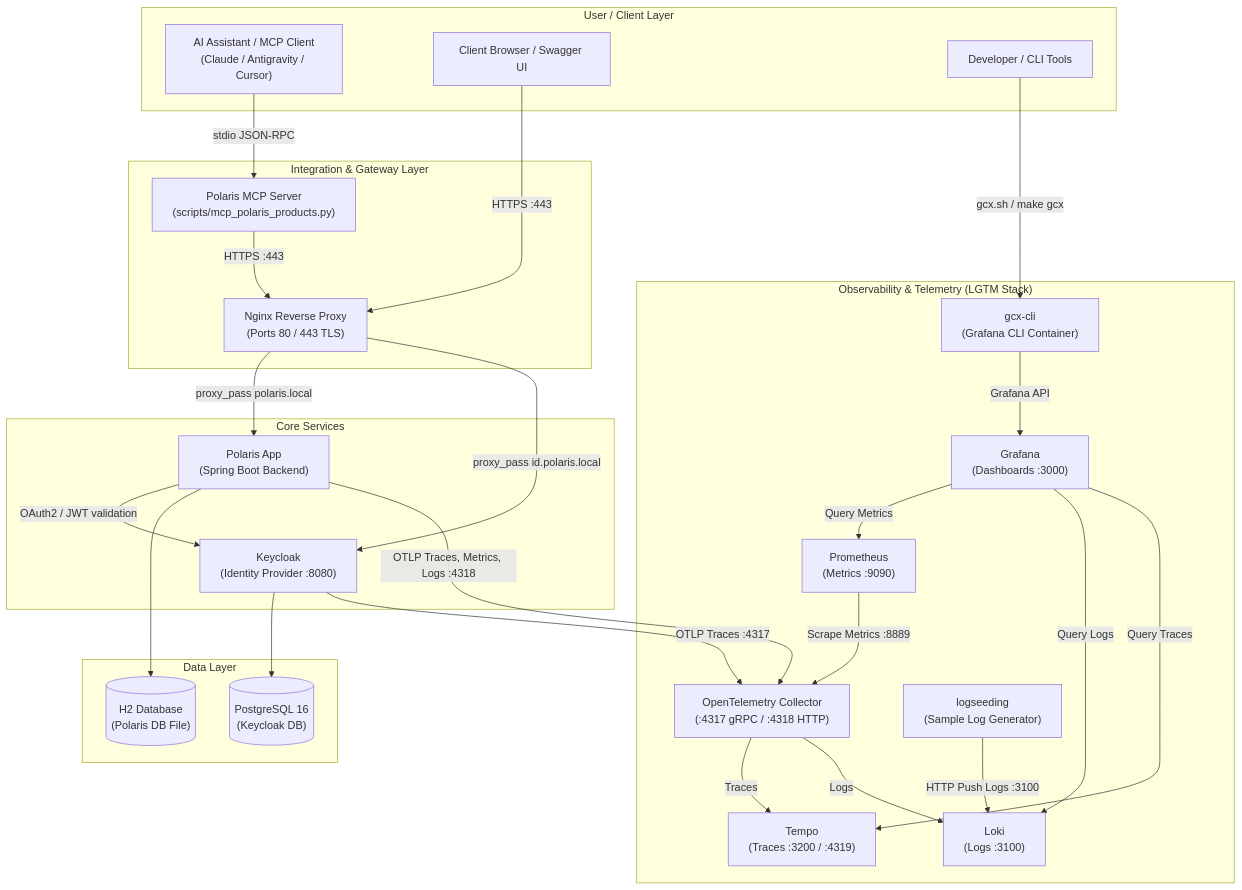
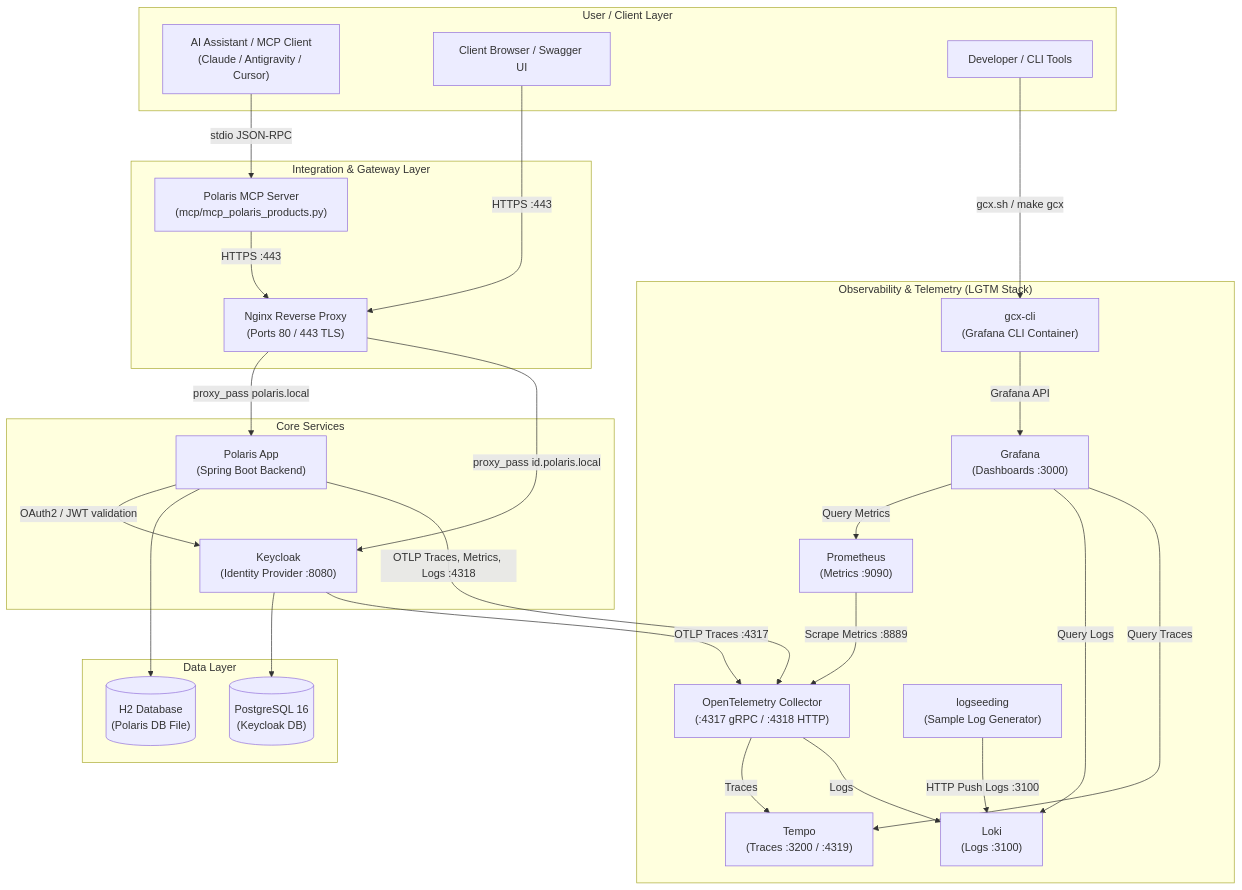
One commit to vungdv/hometask1 changed the diagram in src/java/03-Polaris/README.md. Above: the diagram before and after it, drawn with Mermaid. The commit also changed other lines of this file and 27 other files, not shown here.

Commit message:
feat(MCP): init MCP Server for products query

````diff
--- a/src/java/03-Polaris/README.md
+++ b/src/java/03-Polaris/README.md
@@ -18,57 +18,57 @@
 ```mermaid
 flowchart TB
     subgraph L1["User / Client Layer"]
         AIAgent["AI Assistant / MCP Client<br/>(Claude / Antigravity / Cursor)"]
         Browser["Client Browser / Swagger UI"]
         DevCLI["Developer / CLI Tools"]
     end
 
     subgraph L2["Integration & Gateway Layer"]
-        MCPServer["Polaris MCP Server<br/>(scripts/mcp_polaris_products.py)"]
+        MCPServer["Polaris MCP Server<br/>(mcp/mcp_polaris_products.py)"]
         Nginx["Nginx Reverse Proxy<br/>(Ports 80 / 443 TLS)"]
     end
 
     subgraph L3["Core Services"]
         App["Polaris App<br/>(Spring Boot Backend)"]
         Keycloak["Keycloak<br/>(Identity Provider :8080)"]
     end
 
     subgraph L4["Data Layer"]
         H2[("H2 Database<br/>(Polaris DB File)")]
         Postgres[("PostgreSQL 16<br/>(Keycloak DB)")]
     end
 
     subgraph L5["Observability & Telemetry (LGTM Stack)"]
         OTel["OpenTelemetry Collector<br/>(:4317 gRPC / :4318 HTTP)"]
         Tempo["Tempo<br/>(Traces :3200 / :4319)"]
         Loki["Loki<br/>(Logs :3100)"]
         Prometheus["Prometheus<br/>(Metrics :9090)"]
         Grafana["Grafana<br/>(Dashboards :3000)"]
         LogSeeder["logseeding<br/>(Sample Log Generator)"]
         GCX["gcx-cli<br/>(Grafana CLI Container)"]
     end
 
     Browser -->|HTTPS :443| Nginx
     AIAgent -->|stdio JSON-RPC| MCPServer
     MCPServer -->|HTTPS :443| Nginx
     Nginx -->|proxy_pass polaris.local| App
     Nginx -->|proxy_pass id.polaris.local| Keycloak
     App -->|OAuth2 / JWT validation| Keycloak
     App --> H2
     Keycloak --> Postgres
 
     %% Telemetry flows
     App -->|OTLP Traces, Metrics, Logs :4318| OTel
     Keycloak -->|OTLP Traces :4317| OTel
     OTel -->|Traces| Tempo
     OTel -->|Logs| Loki
     Prometheus -->|Scrape Metrics :8889| OTel
 
     %% Visualization & Utilities
     Grafana -->|Query Metrics| Prometheus
     Grafana -->|Query Logs| Loki
     Grafana -->|Query Traces| Tempo
     LogSeeder -->|HTTP Push Logs :3100| Loki
     DevCLI -->|gcx.sh / make gcx| GCX
     GCX -->|Grafana API| Grafana
 ```
````
